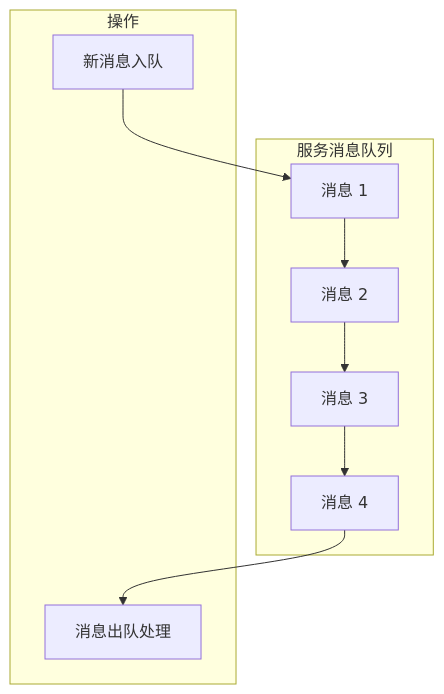
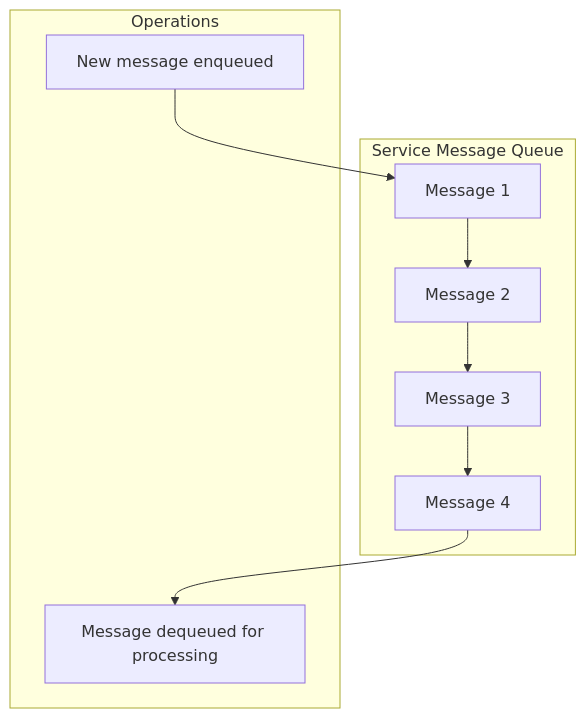
Before and after one commit to cuihairu/skynet: the fourth of 4 diagrams in docs/architecture/message-driven.md, drawn with Mermaid. The commit also changed other lines of this file and 86 other files, not shown here.

````diff
--- a/docs/architecture/message-driven.md
+++ b/docs/architecture/message-driven.md
@@ -186,13 +186,13 @@
 ```mermaid
 graph TB
-    subgraph 服务消息队列
-        M1[消息 1] --> M2[消息 2]
-        M2 --> M3[消息 3]
-        M3 --> M4[消息 4]
+    subgraph Service Message Queue
+        M1[Message 1] --> M2[Message 2]
+        M2 --> M3[Message 3]
+        M3 --> M4[Message 4]
     end
 
-    subgraph 操作
-        Push[新消息入队] --> M1
-        M4 --> Pop[消息出队处理]
+    subgraph Operations
+        Push[New message enqueued] --> M1
+        M4 --> Pop[Message dequeued for processing]
     end
 ```
````
